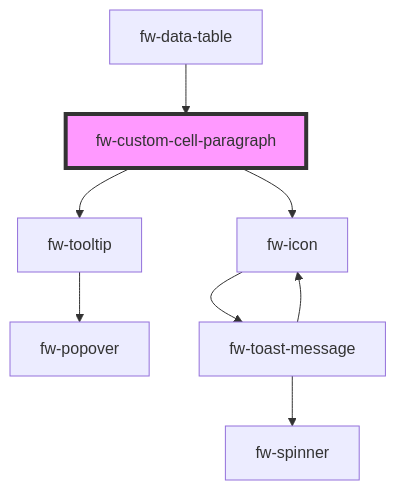
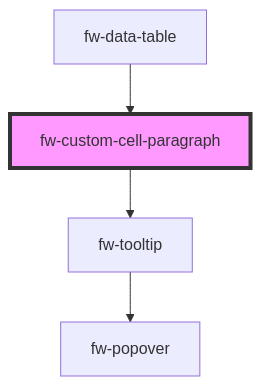
The diagram in packages/crayons-core/src/components/data-table/custom-cells/paragraph/readme.md (freshworks/crayons), drawn with Mermaid before and after one commit. The commit also changed other lines of this file and 5 other files, not shown here.

````diff
--- a/packages/crayons-core/src/components/data-table/custom-cells/paragraph/readme.md
+++ b/packages/crayons-core/src/components/data-table/custom-cells/paragraph/readme.md
@@ -27,11 +26,7 @@
 ```mermaid
 graph TD;
   fw-custom-cell-paragraph --> fw-tooltip
-  fw-custom-cell-paragraph --> fw-icon
   fw-tooltip --> fw-popover
-  fw-icon --> fw-toast-message
-  fw-toast-message --> fw-spinner
-  fw-toast-message --> fw-icon
   fw-data-table --> fw-custom-cell-paragraph
   style fw-custom-cell-paragraph fill:#f9f,stroke:#333,stroke-width:4px
 ```
````
